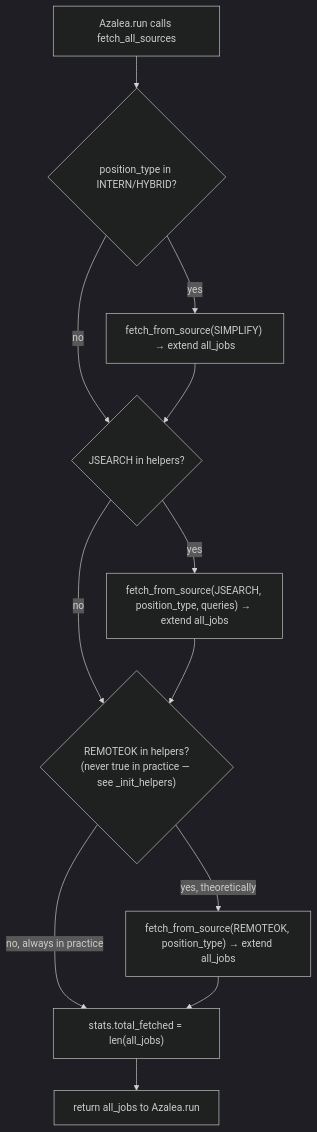
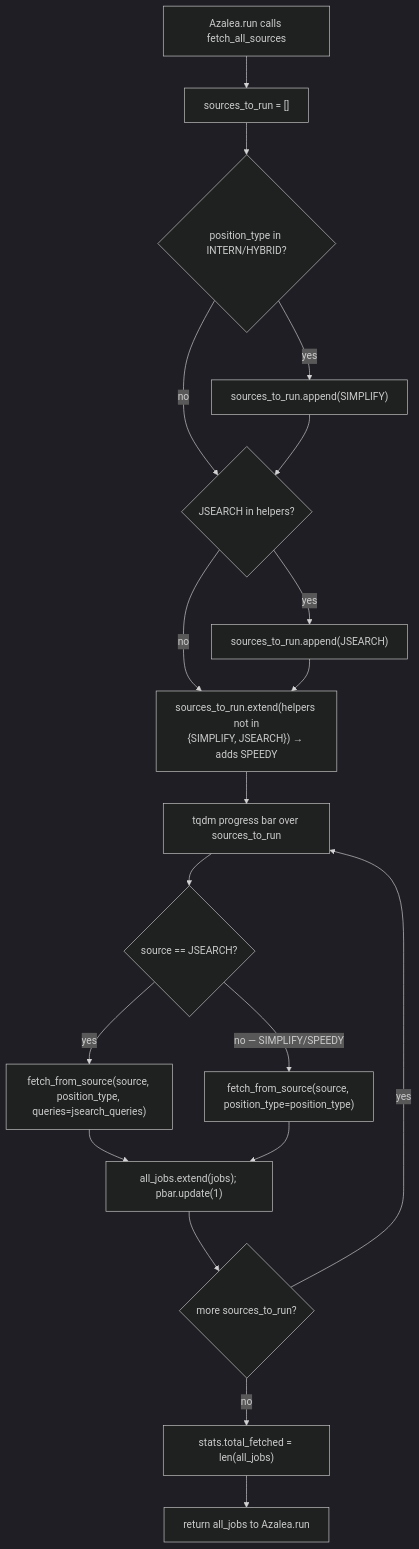
The third of 5 diagrams in docs/diagrams/azalea_seq.md (AustinDwomoh/libra), drawn with Mermaid (dark theme) before and after one commit. The commit also changed other lines of this file and 27 other files, not shown here.

````diff
--- a/docs/diagrams/azalea_seq.md
+++ b/docs/diagrams/azalea_seq.md
@@ -31,15 +29,22 @@
 ```mermaid
-%% flowchart — fetch_all_sources (per-source gating by position type)
+%% flowchart — fetch_all_sources (builds an ordered source list, then runs it under a tqdm bar)
 flowchart TD
-    A[Azalea.run calls fetch_all_sources] --> B{position_type in INTERN/HYBRID?}
-    B -->|yes| C["fetch_from_source(SIMPLIFY) → extend all_jobs"]
-    B -->|no| D{JSEARCH in helpers?}
-    C --> D
-    D -->|yes| E["fetch_from_source(JSEARCH, position_type, queries) → extend all_jobs"]
-    D -->|no| F{"REMOTEOK in helpers?<br/>(never true in practice — see _init_helpers)"}
-    E --> F
-    F -->|yes, theoretically| G["fetch_from_source(REMOTEOK, position_type) → extend all_jobs"]
-    F -->|no, always in practice| H["stats.total_fetched = len(all_jobs)"]
-    G --> H
-    H --> I[return all_jobs to Azalea.run]
+    A[Azalea.run calls fetch_all_sources] --> B["sources_to_run = []"]
+    B --> C{position_type in INTERN/HYBRID?}
+    C -->|yes| D["sources_to_run.append(SIMPLIFY)"]
+    C -->|no| E{JSEARCH in helpers?}
+    D --> E
+    E -->|yes| F["sources_to_run.append(JSEARCH)"]
+    E -->|no| G["sources_to_run.extend(helpers not in\n{SIMPLIFY, JSEARCH}) → adds SPEEDY"]
+    F --> G
+    G --> H["tqdm progress bar over sources_to_run"]
+    H --> I{"source == JSEARCH?"}
+    I -->|yes| J["fetch_from_source(source, position_type, queries=jsearch_queries)"]
+    I -->|no — SIMPLIFY/SPEEDY| K["fetch_from_source(source, position_type=position_type)"]
+    J --> L["all_jobs.extend(jobs); pbar.update(1)"]
+    K --> L
+    L --> M{more sources_to_run?}
+    M -->|yes| H
+    M -->|no| N["stats.total_fetched = len(all_jobs)"]
+    N --> O[return all_jobs to Azalea.run]
 ```
````
